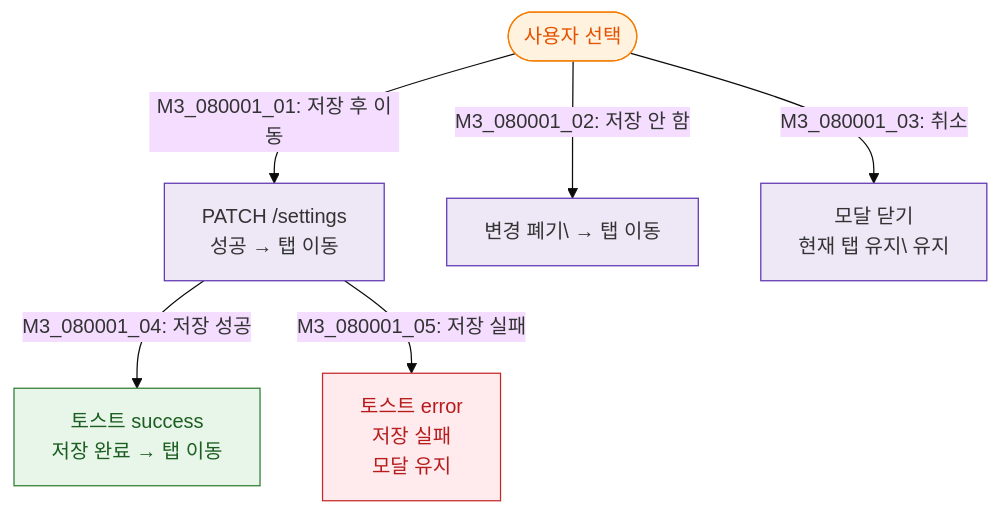
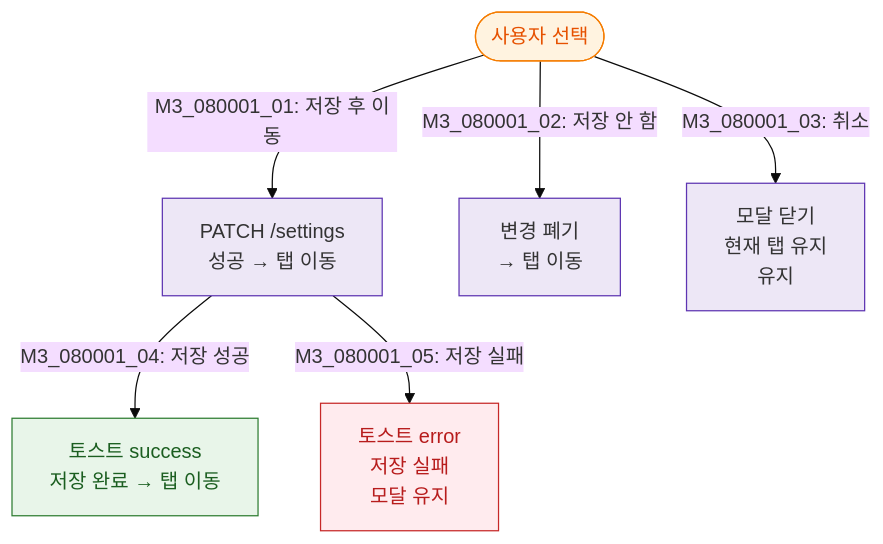
The diagram in docs/admin/다이어그램/D09_설정관리/DLG/DLG-080-001_미저장경고/M3_결과분기.md (dev-spogym/admin-pando), drawn with Mermaid (base theme) before and after one commit. The commit also changed 369 other files, not shown here.

````diff
--- a/docs/admin/다이어그램/D09_설정관리/DLG/DLG-080-001_미저장경고/M3_결과분기.md
+++ b/docs/admin/다이어그램/D09_설정관리/DLG/DLG-080-001_미저장경고/M3_결과분기.md
@@ -12,18 +12,18 @@
 ```mermaid
 flowchart TD
     Action([사용자 선택]) -->|"M3_080001_01: 저장 후 이동"|SavePath[PATCH /settings\n성공 → 탭 이동]
-    Action -->|"M3_080001_02: 저장 안 함"|DiscardPath[변경 폐기\ → 탭 이동]
-    Action -->|"M3_080001_03: 취소"|CancelPath[모달 닫기\n현재 탭 유지\ 유지]
+    Action -->|"M3_080001_02: 저장 안 함"|DiscardPath[변경 폐기<br/> → 탭 이동]
+    Action -->|"M3_080001_03: 취소"|CancelPath[모달 닫기\n현재 탭 유지<br/> 유지]
 
     SavePath -->|"M3_080001_04: 저장 성공"|T_SaveOK[토스트 success\n저장 완료 → 탭 이동]
     SavePath -->|"M3_080001_05: 저장 실패"|T_SaveFail[토스트 error\n저장 실패\n모달 유지]
 
     classDef modal fill:#FFF3E0,stroke:#F57C00,color:#E65100
     classDef success fill:#E8F5E9,stroke:#2E7D32,color:#1B5E20
     classDef error fill:#FFEBEE,stroke:#C62828,color:#B71C1C
     classDef system fill:#EDE7F6,stroke:#5E35B2
     class Action modal
     class T_SaveOK success
     class T_SaveFail error
     class SavePath,DiscardPath,CancelPath system
 ```
````
